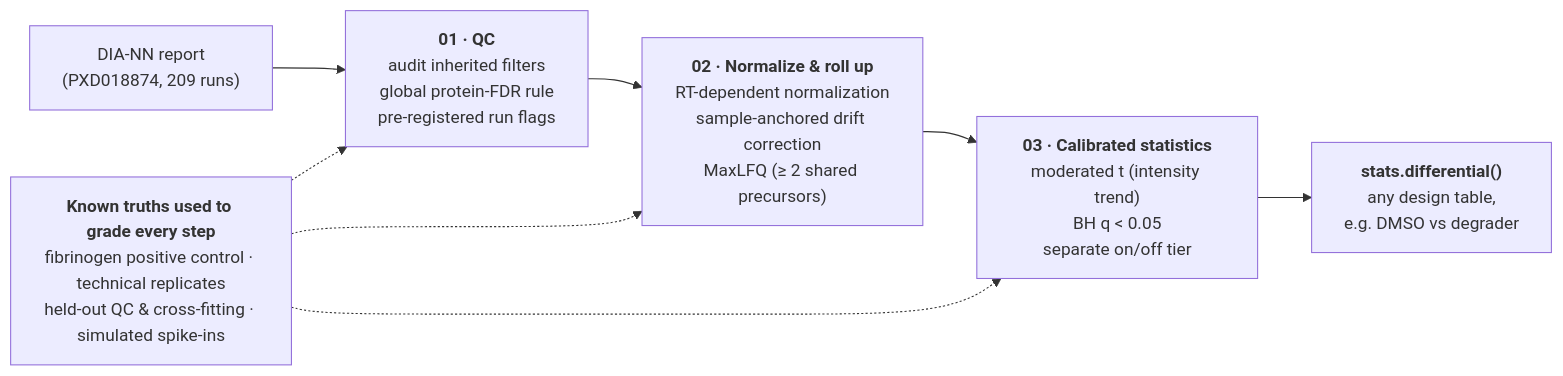
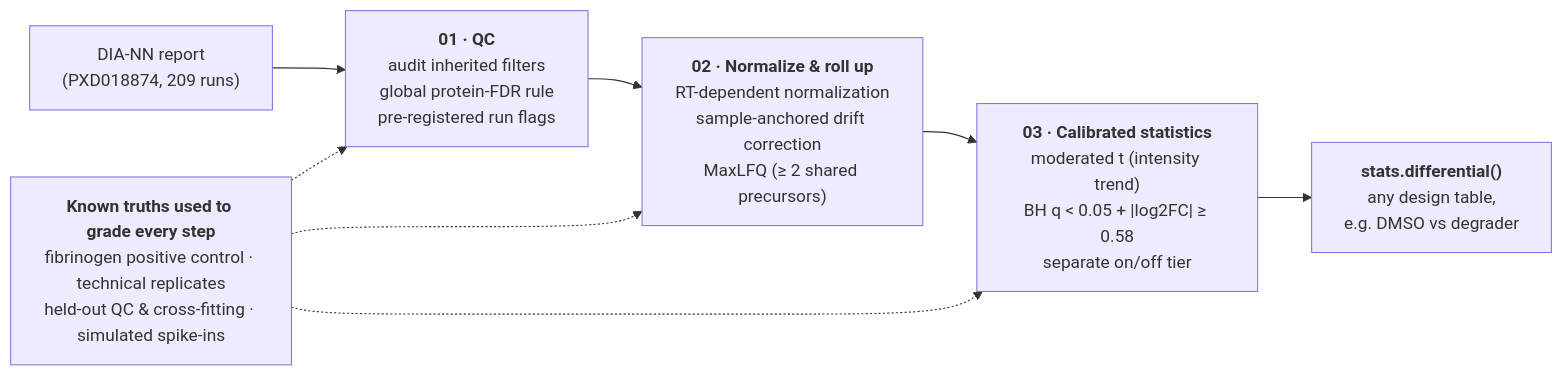
One commit to acioffi3-spec/dia-proteomics-pipeline changed the diagram in README.md. Above: the diagram before and after it, drawn with Mermaid. The commit also changed other lines of this file and 20 other files, not shown here.

````diff
--- a/README.md
+++ b/README.md
@@ -19,8 +19,8 @@
 ```mermaid
 flowchart LR
     A["DIA-NN report<br/>(PXD018874, 209 runs)"] --> B["<b>01 · QC</b><br/>audit inherited filters<br/>global protein-FDR rule<br/>pre-registered run flags"]
     B --> C["<b>02 · Normalize & roll up</b><br/>RT-dependent normalization<br/>sample-anchored drift correction<br/>MaxLFQ (≥ 2 shared precursors)"]
-    C --> D["<b>03 · Calibrated statistics</b><br/>moderated t (intensity trend)<br/>BH q &lt; 0.05<br/>separate on/off tier"]
+    C --> D["<b>03 · Calibrated statistics</b><br/>moderated t (intensity trend)<br/>BH q &lt; 0.05 + #124;log2FC#124; ≥ 0.58<br/>separate on/off tier"]
     D --> E["<b>stats.differential()</b><br/>any design table,<br/>e.g. DMSO vs degrader"]
     T["<b>Known truths used to grade every step</b><br/>fibrinogen positive control · technical replicates<br/>held-out QC & cross-fitting · simulated spike-ins"] -.-> B & C & D
 ```
````
